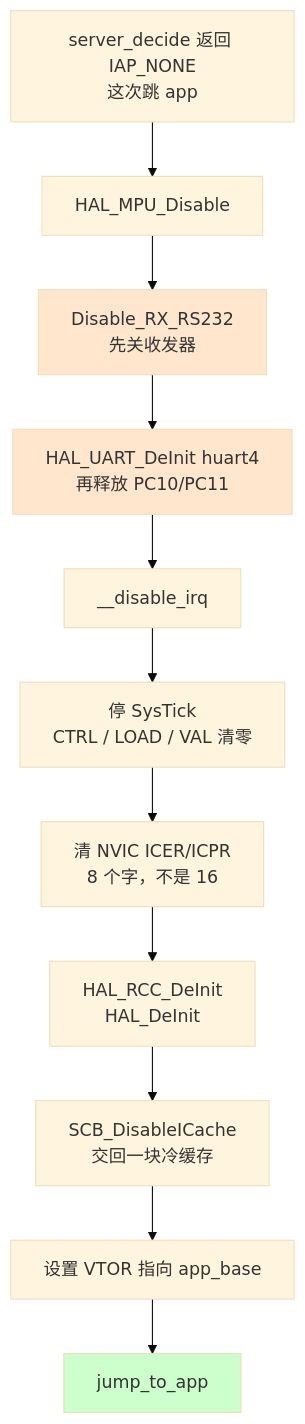
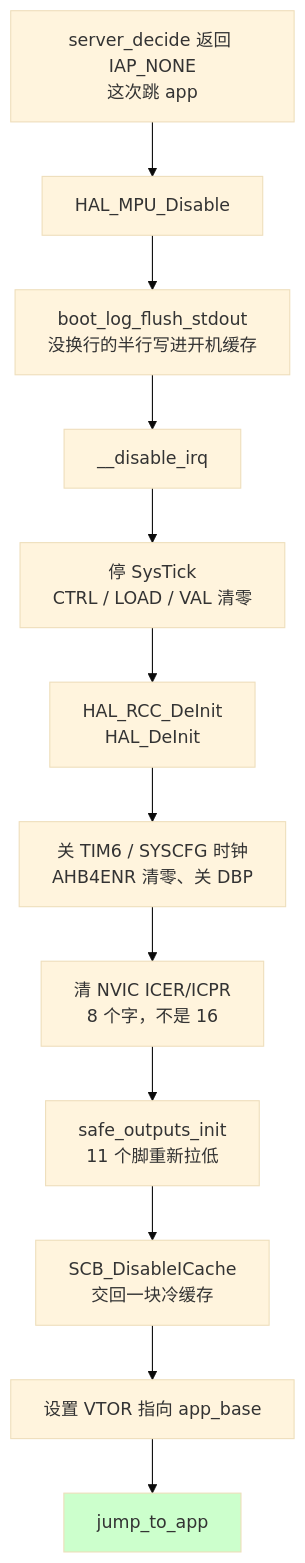
The diagram in docs/modules/M3-app-runtime.md (haliboteda/OpenPLC_Docs), drawn with Mermaid (base theme) before and after one commit. The commit also changed other lines of this file and 84 other files, not shown here.

````diff
--- a/docs/modules/M3-app-runtime.md
+++ b/docs/modules/M3-app-runtime.md
@@ -16,17 +16,16 @@
 ```mermaid
 flowchart TD
     A[server_decide 返回 IAP_NONE<br/>这次跳 app] --> B[HAL_MPU_Disable]
-    B --> C[Disable_RX_RS232<br/>先关收发器]
-    C --> D[HAL_UART_DeInit huart4<br/>再释放 PC10/PC11]
-    D --> E[__disable_irq]
+    B --> C[boot_log_flush_stdout<br/>没换行的半行写进开机缓存]
+    C --> E[__disable_irq]
     E --> F[停 SysTick<br/>CTRL / LOAD / VAL 清零]
-    F --> G[清 NVIC ICER/ICPR<br/>8 个字，不是 16]
-    G --> H[HAL_RCC_DeInit<br/>HAL_DeInit]
-    H --> I[SCB_DisableICache<br/>交回一块冷缓存]
+    F --> H[HAL_RCC_DeInit<br/>HAL_DeInit]
+    H --> L[关 TIM6 / SYSCFG 时钟<br/>AHB4ENR 清零、关 DBP]
+    L --> G[清 NVIC ICER/ICPR<br/>8 个字，不是 16]
+    G --> S[safe_outputs_init<br/>11 个脚重新拉低]
+    S --> I[SCB_DisableICache<br/>交回一块冷缓存]
     I --> J[设置 VTOR 指向 app_base]
     J --> K[jump_to_app]
 
-    style C fill:#ffe6cc
-    style D fill:#ffe6cc
     style K fill:#ccffcc
 ```
````
